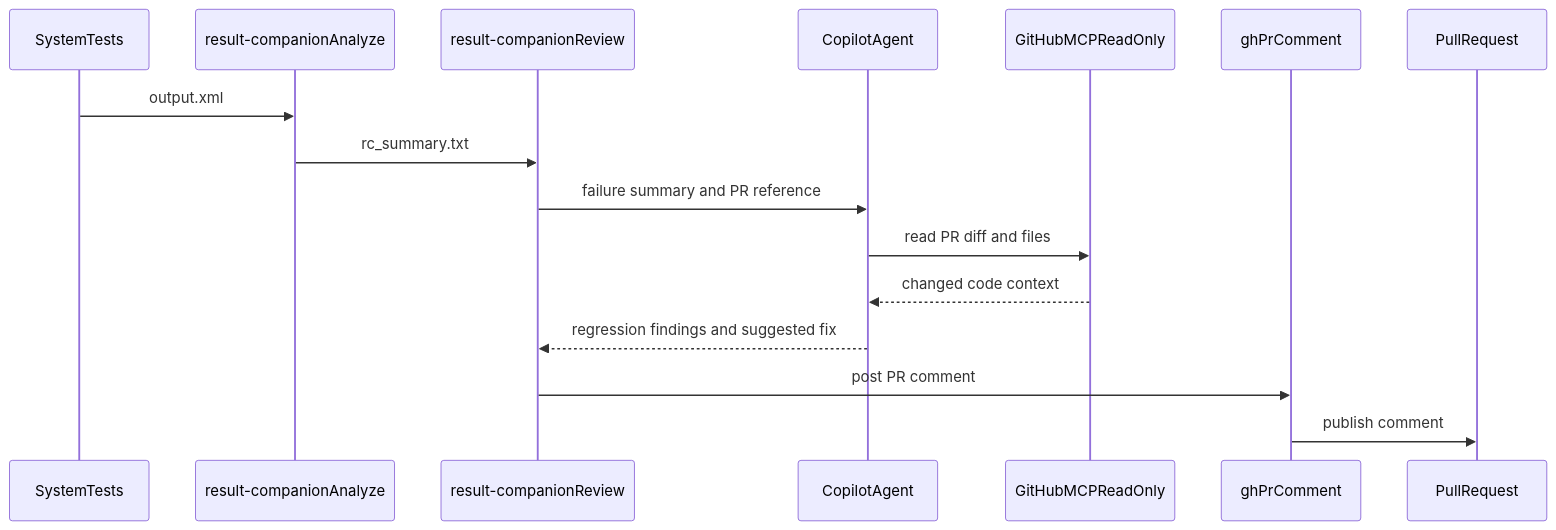
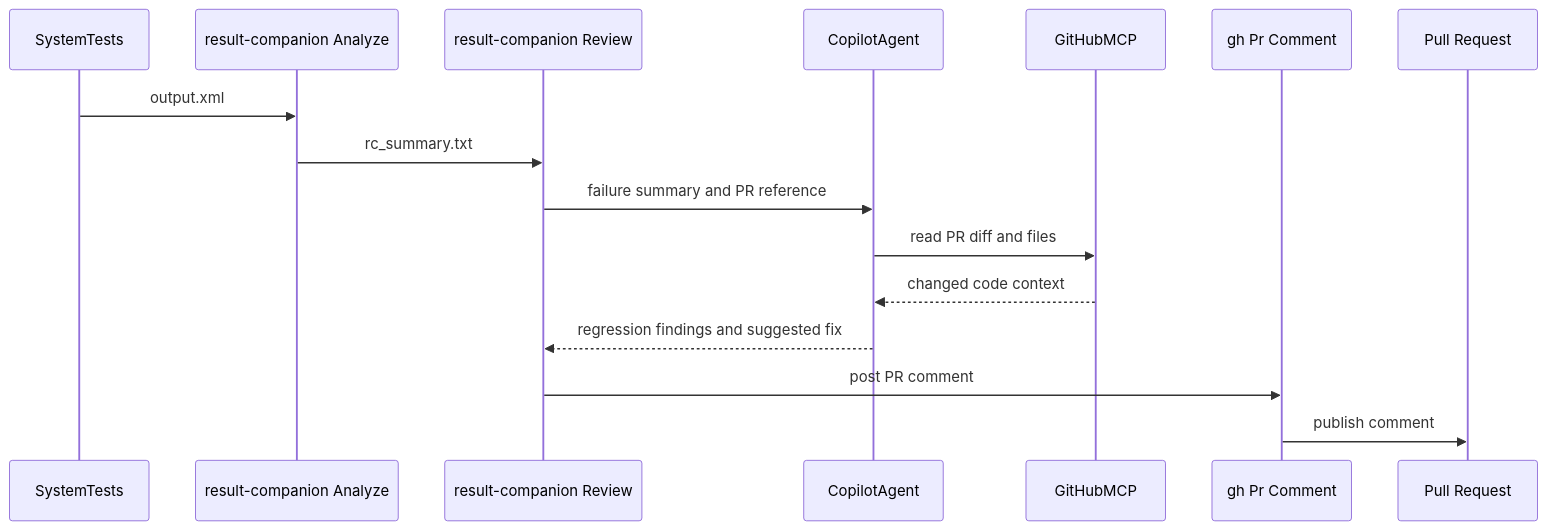
Before and after one commit to miltroj/result-companion: the diagram in README.md, drawn with Mermaid.

````diff
--- a/README.md
+++ b/README.md
@@ -57,19 +57,19 @@
 ```mermaid
 sequenceDiagram
     participant tests as SystemTests
-    participant analyze as result-companionAnalyze
-    participant review as result-companionReview
+    participant analyze as result-companion Analyze
+    participant review as result-companion Review
     participant copilot as CopilotAgent
-    participant mcp as GitHubMCPReadOnly
-    participant gh as ghPrComment
-    participant pr as PullRequest
+    participant mcp as GitHubMCP
+    participant gh as gh Pr Comment
+    participant pr as Pull Request
 
     tests->>analyze: output.xml
     analyze->>review: rc_summary.txt
     review->>copilot: failure summary and PR reference
     copilot->>mcp: read PR diff and files
     mcp-->>copilot: changed code context
     copilot-->>review: regression findings and suggested fix
     review->>gh: post PR comment
     gh->>pr: publish comment
 ```
````
